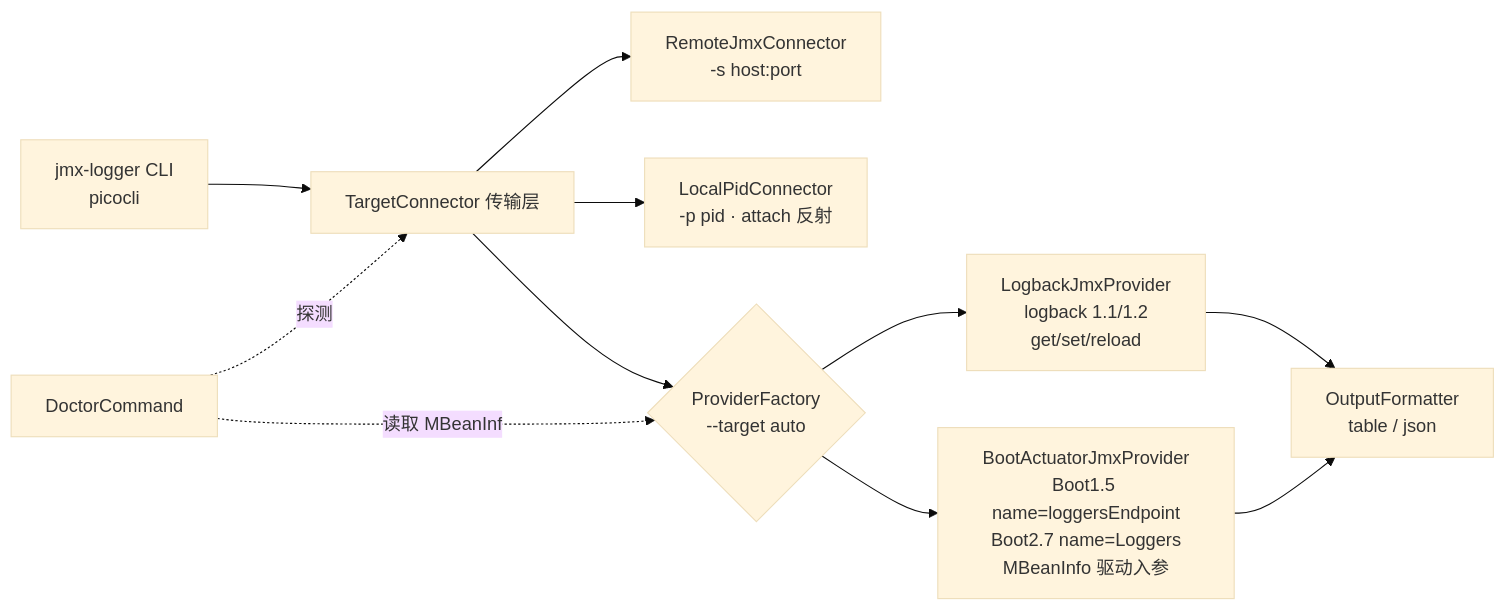
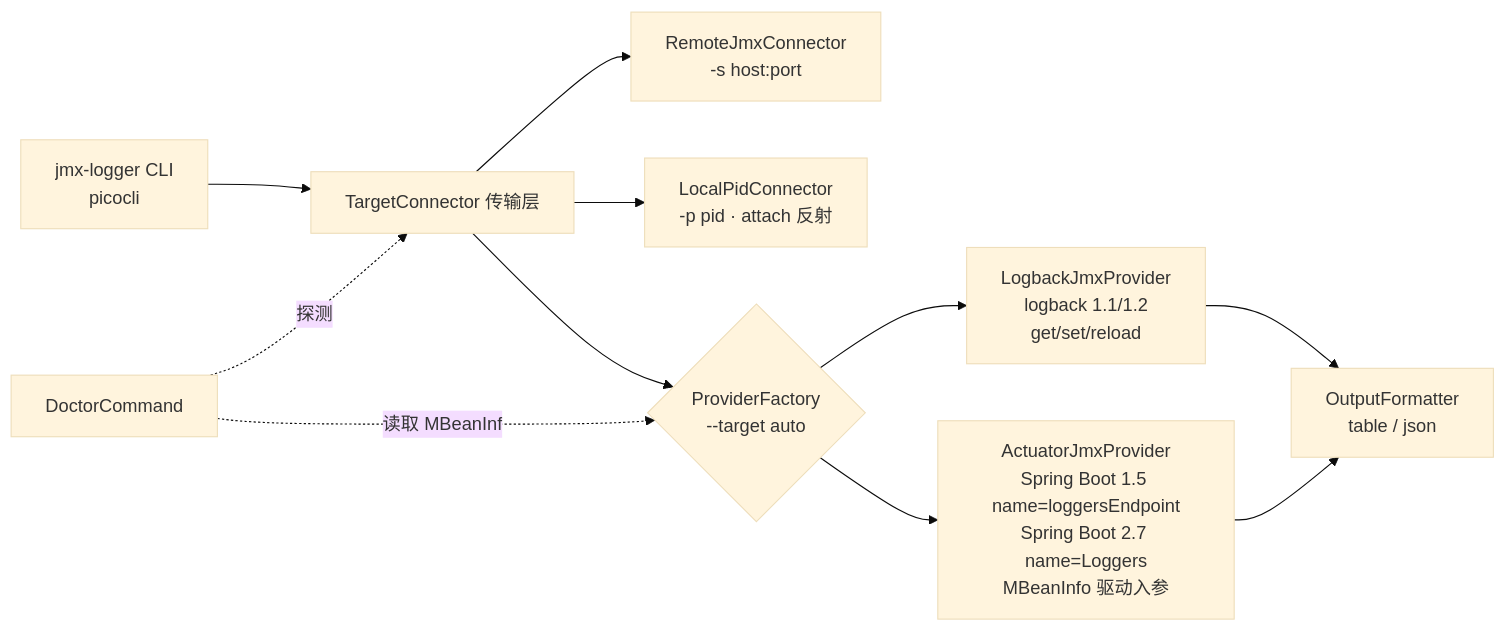
One commit to jacquesdong/jmx-logger changed the diagram in doc/plan_v1.0.1.md. Above: the diagram before and after it, drawn with Mermaid (base theme). The commit also changed other lines of this file and 22 other files, not shown here.

````diff
--- a/doc/plan_v1.0.1.md
+++ b/doc/plan_v1.0.1.md
@@ -52,13 +52,13 @@
 ```mermaid
 flowchart LR
     CLI["jmx-logger CLI<br/>picocli"] --> TR["TargetConnector 传输层"]
     TR --> R["RemoteJmxConnector<br/>-s host:port"]
     TR --> L["LocalPidConnector<br/>-p pid · attach 反射"]
     TR --> PF{"ProviderFactory<br/>--target auto"}
     PF --> P1["LogbackJmxProvider<br/>logback 1.1/1.2<br/>get/set/reload"]
-    PF --> P2["BootActuatorJmxProvider<br/>Boot1.5 name=loggersEndpoint<br/>Boot2.7 name=Loggers<br/>MBeanInfo 驱动入参"]
+    PF --> P2["ActuatorJmxProvider<br/>Spring Boot 1.5 name=loggersEndpoint<br/>Spring Boot 2.7 name=Loggers<br/>MBeanInfo 驱动入参"]
     P1 --> OUT["OutputFormatter<br/>table / json"]
     P2 --> OUT
     DOC["DoctorCommand"] -.探测.-> TR
     DOC -.读取 MBeanInfo.-> PF
 ```
````
